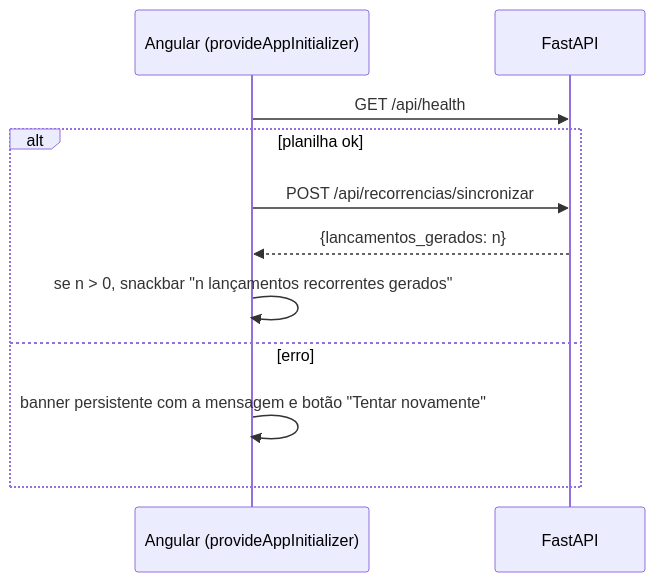
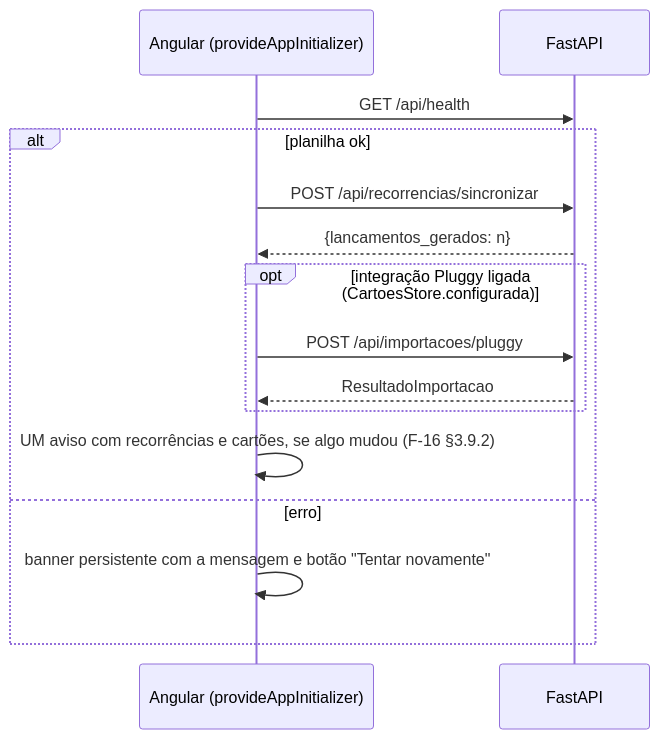
The fourth of 5 diagrams in SPECS/03-arquitetura.md (Pedrohcs/PlanilhaFinanceira), drawn with Mermaid before and after one commit. The commit also changed other lines of this file and 14 other files, not shown here.

````diff
--- a/SPECS/03-arquitetura.md
+++ b/SPECS/03-arquitetura.md
@@ -443,13 +608,17 @@
 ```mermaid
 sequenceDiagram
     participant F as Angular (provideAppInitializer)
     participant A as FastAPI
     F->>A: GET /api/health
     alt planilha ok
         F->>A: POST /api/recorrencias/sincronizar
         A-->>F: {lancamentos_gerados: n}
-        F->>F: se n > 0, snackbar "n lançamentos recorrentes gerados"
+        opt integração Pluggy ligada (CartoesStore.configurada)
+            F->>A: POST /api/importacoes/pluggy
+            A-->>F: ResultadoImportacao
+        end
+        F->>F: UM aviso com recorrências e cartões, se algo mudou (F-16 §3.9.2)
     else erro
         F->>F: banner persistente com a mensagem e botão "Tentar novamente"
     end
 ```
````
